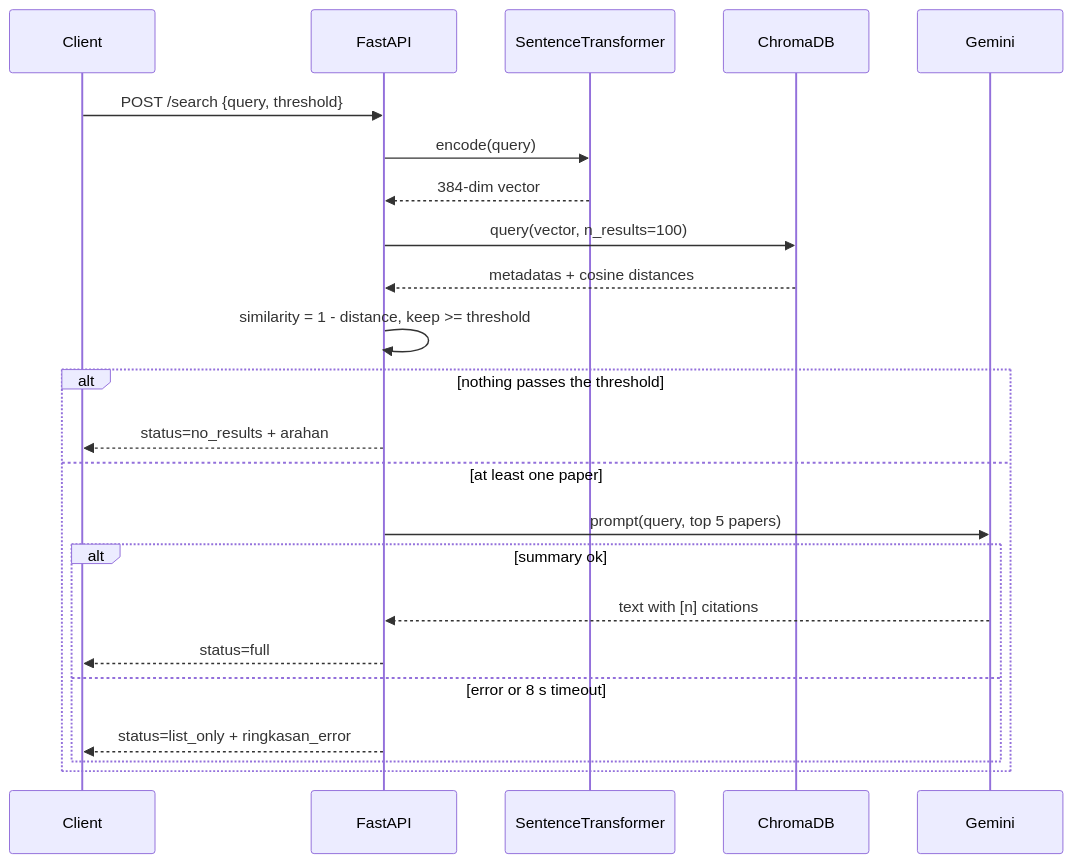
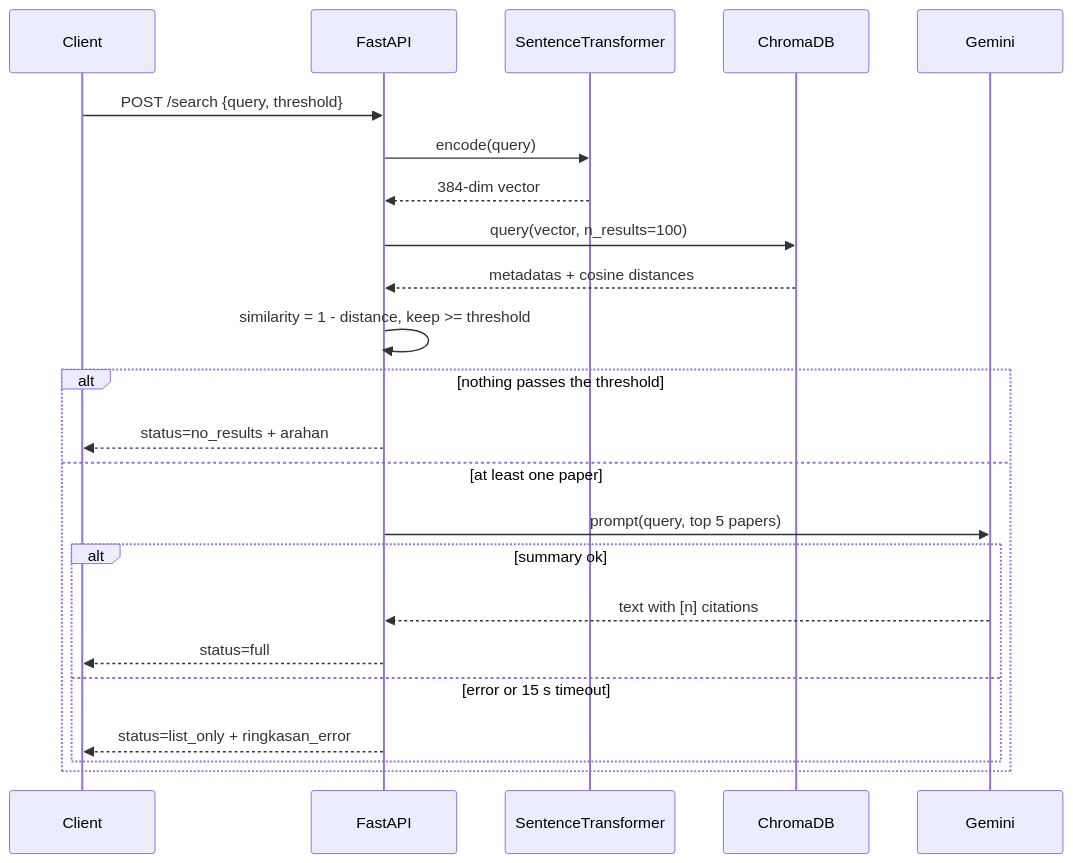
Before and after one commit to MiloAillo/semantic-search-undip: the diagram in README.md, drawn with Mermaid. The commit also changed other lines of this file, not shown here.

Commit message:
fix: Update timeout error message and enhance calibration documentation with query performance metrics

````diff
--- a/README.md
+++ b/README.md
@@ -14,26 +14,26 @@
 ```mermaid
 sequenceDiagram
     participant C as Client
     participant A as FastAPI
     participant E as SentenceTransformer
     participant D as ChromaDB
     participant G as Gemini
 
     C->>A: POST /search {query, threshold}
     A->>E: encode(query)
     E-->>A: 384-dim vector
     A->>D: query(vector, n_results=100)
     D-->>A: metadatas + cosine distances
     A->>A: similarity = 1 - distance, keep >= threshold
     alt nothing passes the threshold
         A-->>C: status=no_results + arahan
     else at least one paper
         A->>G: prompt(query, top 5 papers)
         alt summary ok
             G-->>A: text with [n] citations
             A-->>C: status=full
-        else error or 8 s timeout
+        else error or 15 s timeout
             A-->>C: status=list_only + ringkasan_error
         end
     end
 ```
````
